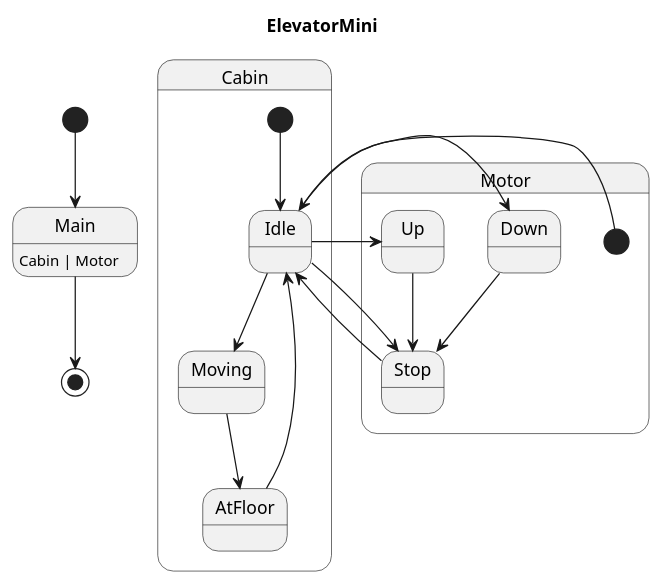
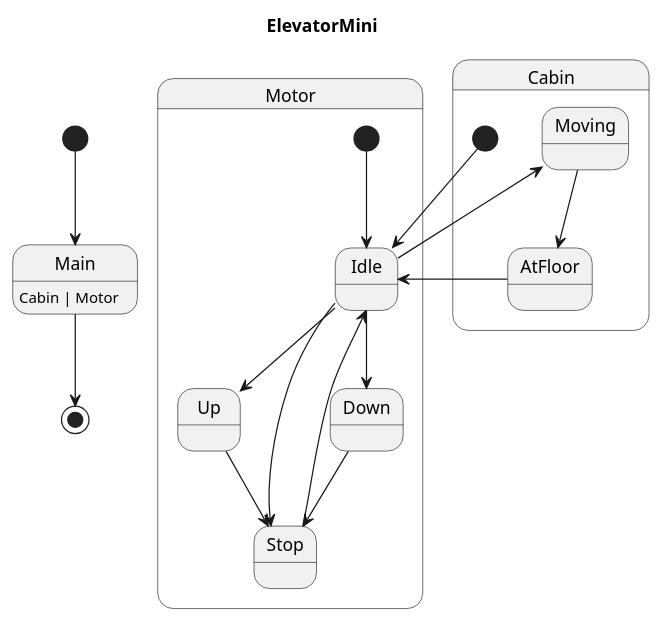
Before and after one commit to Pastor/Takt: the diagram in examples/generated/plantuml/elevator_mini.puml, drawn with PlantUML. The commit also changed other lines of this file and 10 other files, not shown here.

```diff
--- a/examples/generated/plantuml/elevator_mini.puml
+++ b/examples/generated/plantuml/elevator_mini.puml
@@ -1,25 +1,25 @@
 @startuml
 title ElevatorMini
 
 [*] --> Main
 Main : Cabin | Motor
 Main --> [*]
 
+state Motor {
+    [*] --> Idle
+    Up --> Stop
+    Stop --> Idle
+    Idle --> Up
+    Idle --> Down
+    Idle --> Stop
+    Down --> Stop
+}
+
 state Cabin {
     [*] --> Idle
     AtFloor --> Idle
+    Moving --> AtFloor
     Idle --> Moving
-    Moving --> AtFloor
-}
-
-state Motor {
-    [*] --> Idle
-    Down --> Stop
-    Idle --> Up
-    Idle --> Down
-    Idle --> Stop
-    Stop --> Idle
-    Up --> Stop
 }
 
 @enduml
```
